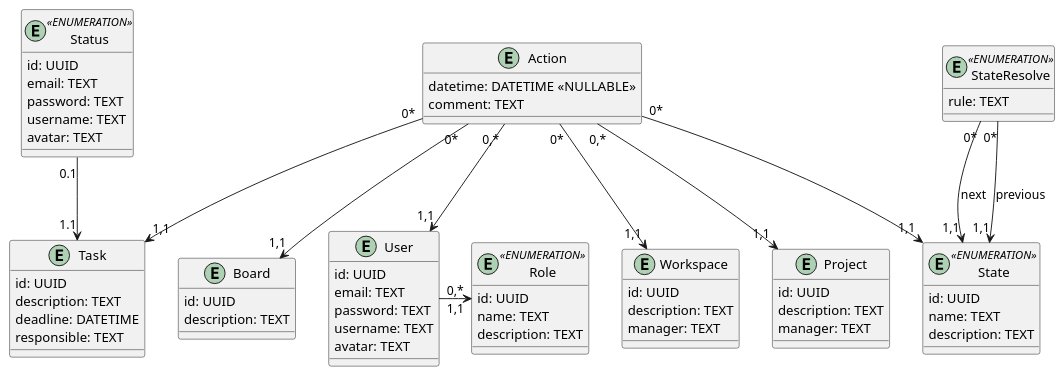
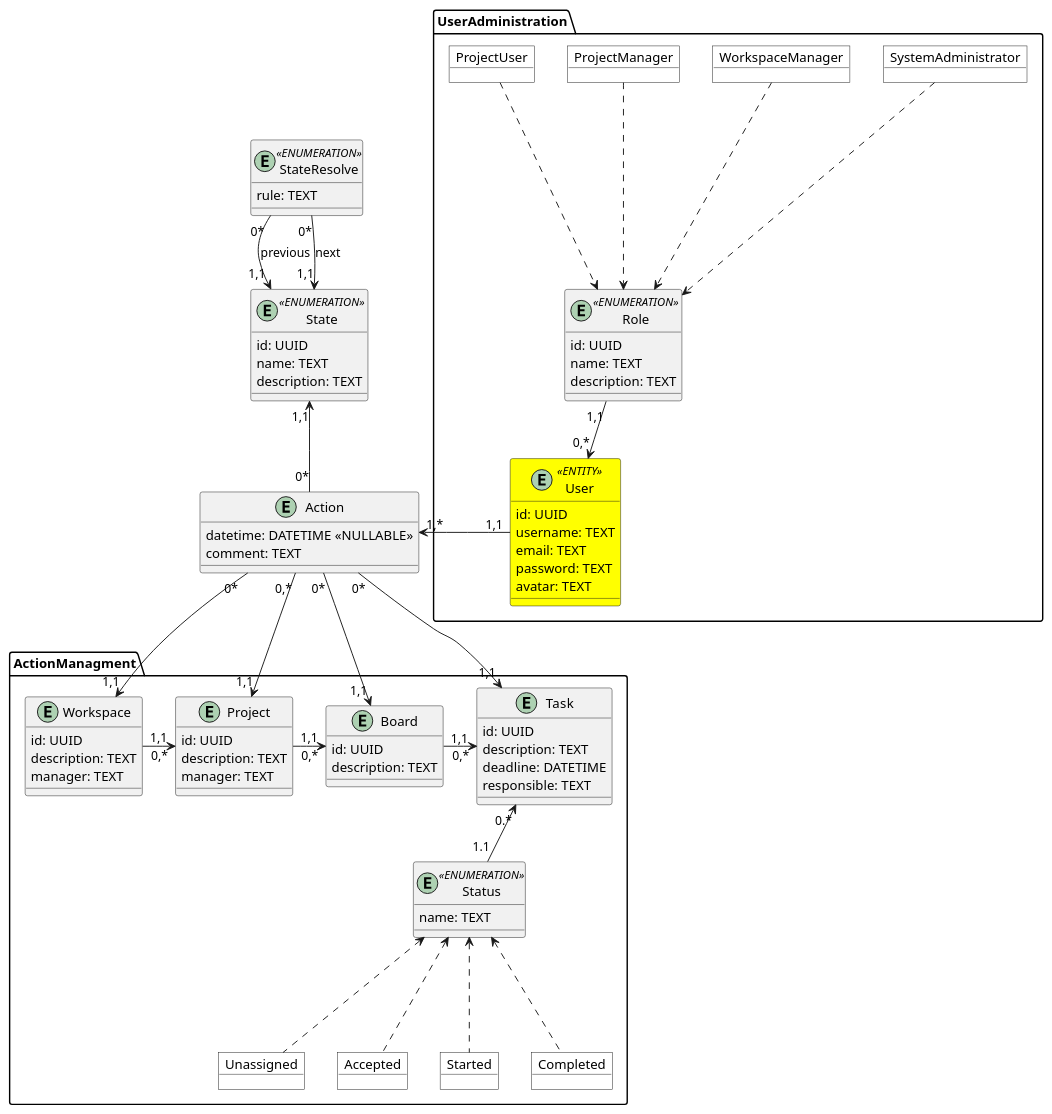
One commit to edu-db/edu_db_labs changed the second of 2 diagrams in docs/design/README.md. Above: the diagram before and after it, drawn with PlantUML. The commit also changed other lines of this file and 1 other file, not shown here.

Commit message:
Added ERL

```diff
--- a/docs/design/README.md
+++ b/docs/design/README.md
@@ -120,51 +117,4 @@
 @startuml
-
-  
-entity User{
-    id: UUID
-    email: TEXT
-    password: TEXT
-    username: TEXT
-    avatar: TEXT
-}
-
-entity Role <<ENUMERATION>>{
-    id: UUID
-    name: TEXT
-    description: TEXT
-}
-
-entity Workspace{
-    id: UUID
-    description: TEXT
-    manager: TEXT
-}
-
-entity Project{
-    id: UUID
-    description: TEXT
-    manager: TEXT
-}
-
-entity Board{
-    id: UUID
-    description: TEXT
-}
-
-entity Task{
-    id: UUID
-    description: TEXT
-    deadline: DATETIME
-    responsible: TEXT
-}
-
-entity Status <<ENUMERATION>>{
-    id: UUID
-    email: TEXT
-    password: TEXT
-    username: TEXT
-    avatar: TEXT
-}
 
 entity Action{
     datetime: DATETIME <<NULLABLE>>
@@ -181,16 +131,89 @@
     rule: TEXT
 }
 
-User "0,*" ->  "1,1" Role
-
-Status "0.1" --> "1.1" Task
-
-Action "0,*" --> "1,1"  User
-Action "0*" --> "1,1" Workspace
-Action "0,*" --> "1,1"  Project
-Action "0*" --> "1,1" Board
-Action "0*" --> "1,1" Task
-Action "0*" --> "1,1" State
+Action "0*" -u-> "1,1" State
 StateResolve "0*" --> "1,1" State :previous
 StateResolve "0*" --> "1,1" State :next
+
+namespace UserAdministration {
+
+  entity User <<ENTITY>> #ffff00 {
+    id: UUID
+    username: TEXT
+    email: TEXT
+    password: TEXT
+    avatar: TEXT
+  }
+
+  entity Role <<ENUMERATION>>{
+    id: UUID
+    name: TEXT
+    description: TEXT
+  }
+
+  object SystemAdministrator #ffffff
+  object WorkspaceManager #ffffff
+  object ProjectManager #ffffff
+  object ProjectUser #ffffff
+
+  SystemAdministrator -.-> Role
+  WorkspaceManager -.-> Role
+  ProjectManager -.-> Role
+  ProjectUser -.-> Role
+
+  Role "1,1" -d->  "0,*" User
+  User "1,1" -l-> "1,*" Action
+}
+
+namespace ActionManagment {
+
+  entity Workspace{
+    id: UUID
+    description: TEXT
+    manager: TEXT
+  }
+
+  entity Project{
+    id: UUID
+    description: TEXT
+    manager: TEXT
+  }
+
+  entity Board{
+    id: UUID
+    description: TEXT
+  }
+
+  entity Task{
+    id: UUID
+    description: TEXT
+    deadline: DATETIME
+    responsible: TEXT
+  }
+
+  entity Status <<ENUMERATION>>{
+    name: TEXT
+  }
+
+  object Unassigned #ffffff
+  object Accepted #ffffff
+  object Started #ffffff
+  object Completed #ffffff
+
+  Unassigned -u.-> Status
+  Accepted -u.-> Status
+  Started -u.-> Status
+  Completed -u.-> Status
+
+  Workspace "1,1" -r-> "0,*" Project
+  Project "1,1" -r-> "0,*"  Board
+  Board "1,1" -r-> "0,*"  Task
+  Status "1.1" -u-> "0.*" Task
+
+  Action "0*" --> "1,1" Workspace
+  Action "0,*" --> "1,1"  Project
+  Action "0*" --> "1,1" Board
+  Action "0*" --> "1,1" Task
+}
+
 @enduml
```
